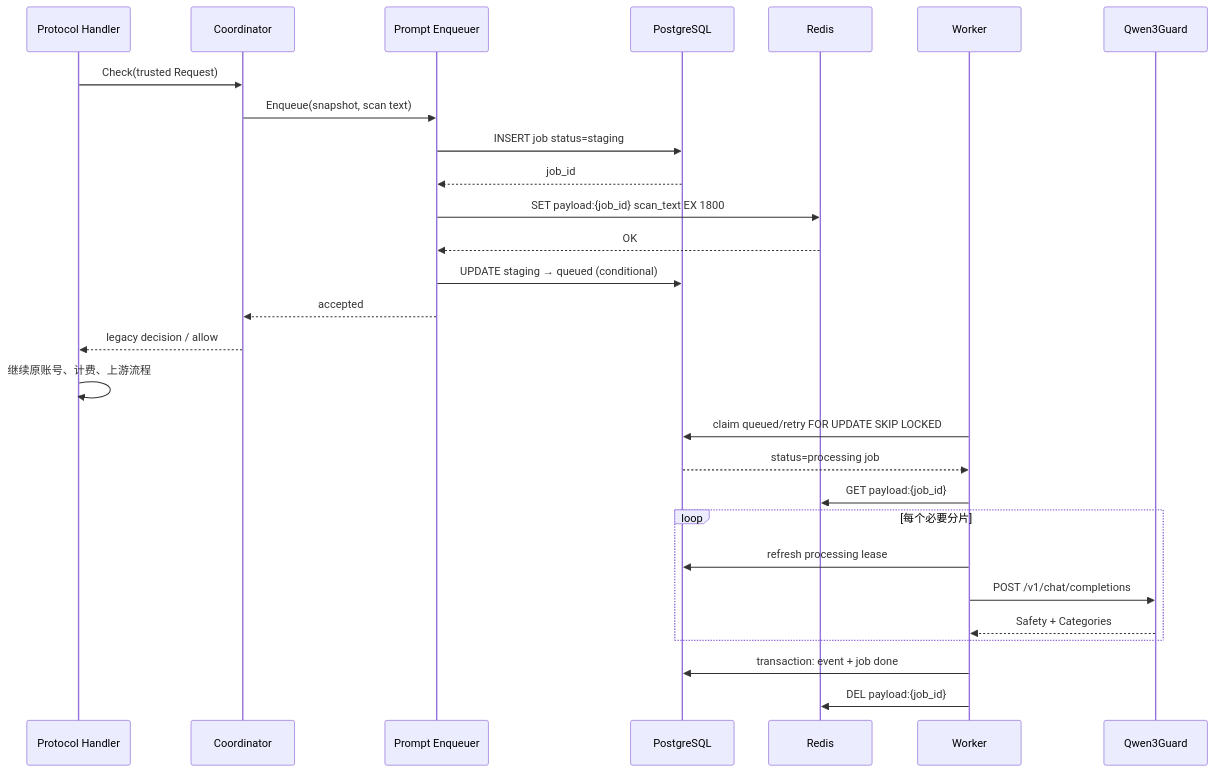
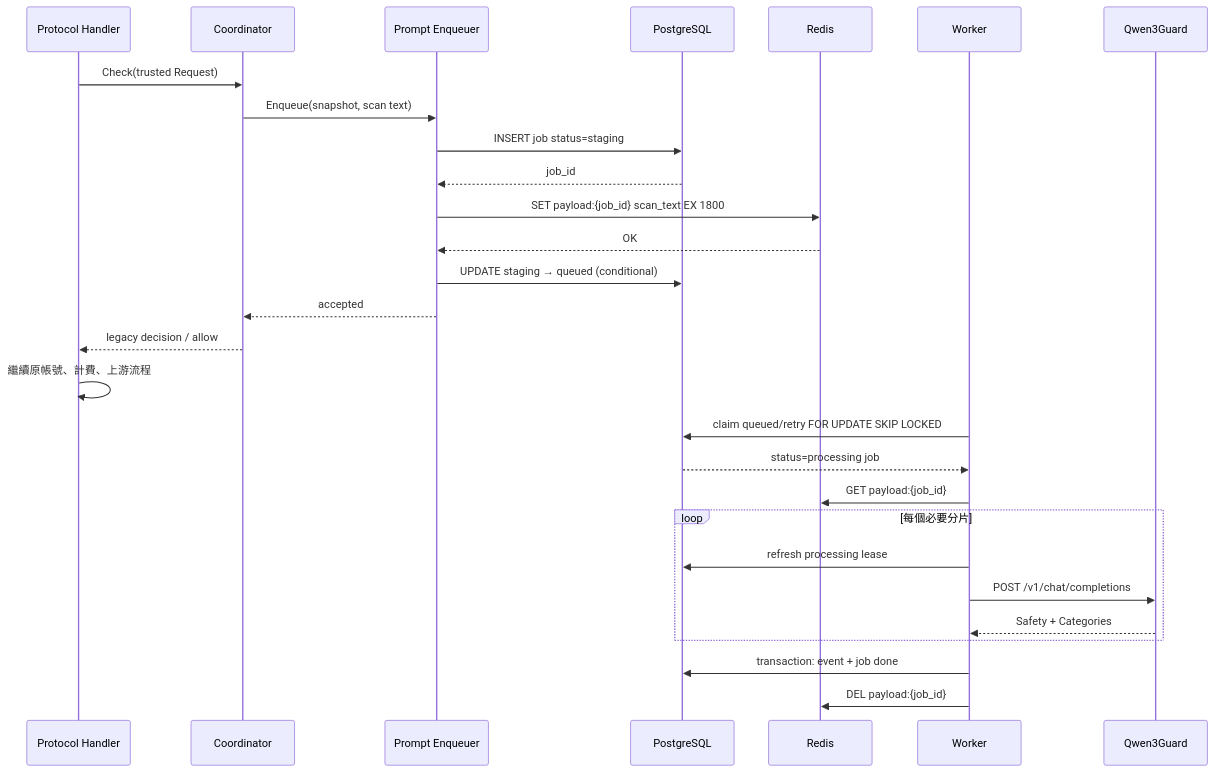
One commit to yelban/sub2api.TW changed the second of 4 diagrams in openspec/changes/add-openai-compatible-prompt-audit/implementation-guide.md. Above: the diagram before and after it, drawn with Mermaid. The commit also changed other lines of this file and 49 other files, not shown here.

````diff
--- a/openspec/changes/add-openai-compatible-prompt-audit/implementation-guide.md
+++ b/openspec/changes/add-openai-compatible-prompt-audit/implementation-guide.md
@@ -229,32 +229,32 @@
 ```mermaid
 sequenceDiagram
     participant H as Protocol Handler
     participant C as Coordinator
     participant E as Prompt Enqueuer
     participant PG as PostgreSQL
     participant R as Redis
     participant W as Worker
     participant G as Qwen3Guard
 
     H->>C: Check(trusted Request)
     C->>E: Enqueue(snapshot, scan text)
     E->>PG: INSERT job status=staging
     PG-->>E: job_id
     E->>R: SET payload:{job_id} scan_text EX 1800
     R-->>E: OK
     E->>PG: UPDATE staging → queued (conditional)
     E-->>C: accepted
     C-->>H: legacy decision / allow
-    H->>H: 继续原账号、计费、上游流程
+    H->>H: 繼續原帳號、計費、上游流程
 
     W->>PG: claim queued/retry FOR UPDATE SKIP LOCKED
     PG-->>W: status=processing job
     W->>R: GET payload:{job_id}
-    loop 每个必要分片
+    loop 每個必要分片
         W->>PG: refresh processing lease
         W->>G: POST /v1/chat/completions
         G-->>W: Safety + Categories
     end
     W->>PG: transaction: event + job done
     W->>R: DEL payload:{job_id}
 ```
````
